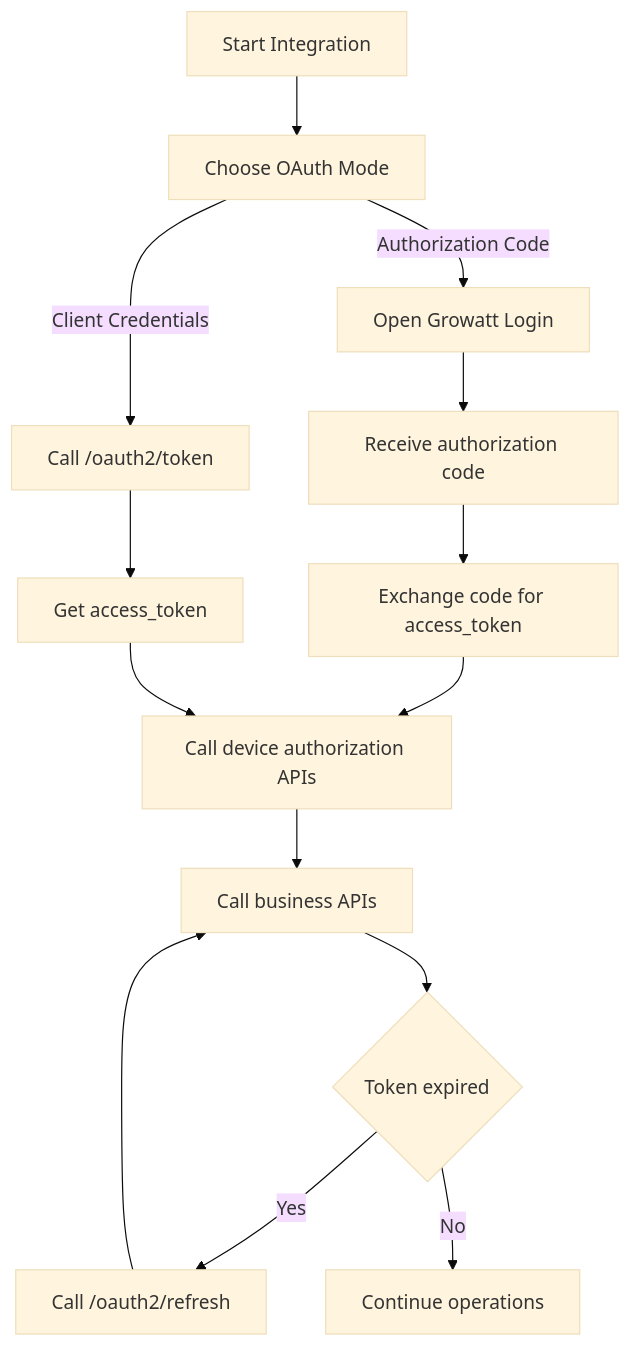
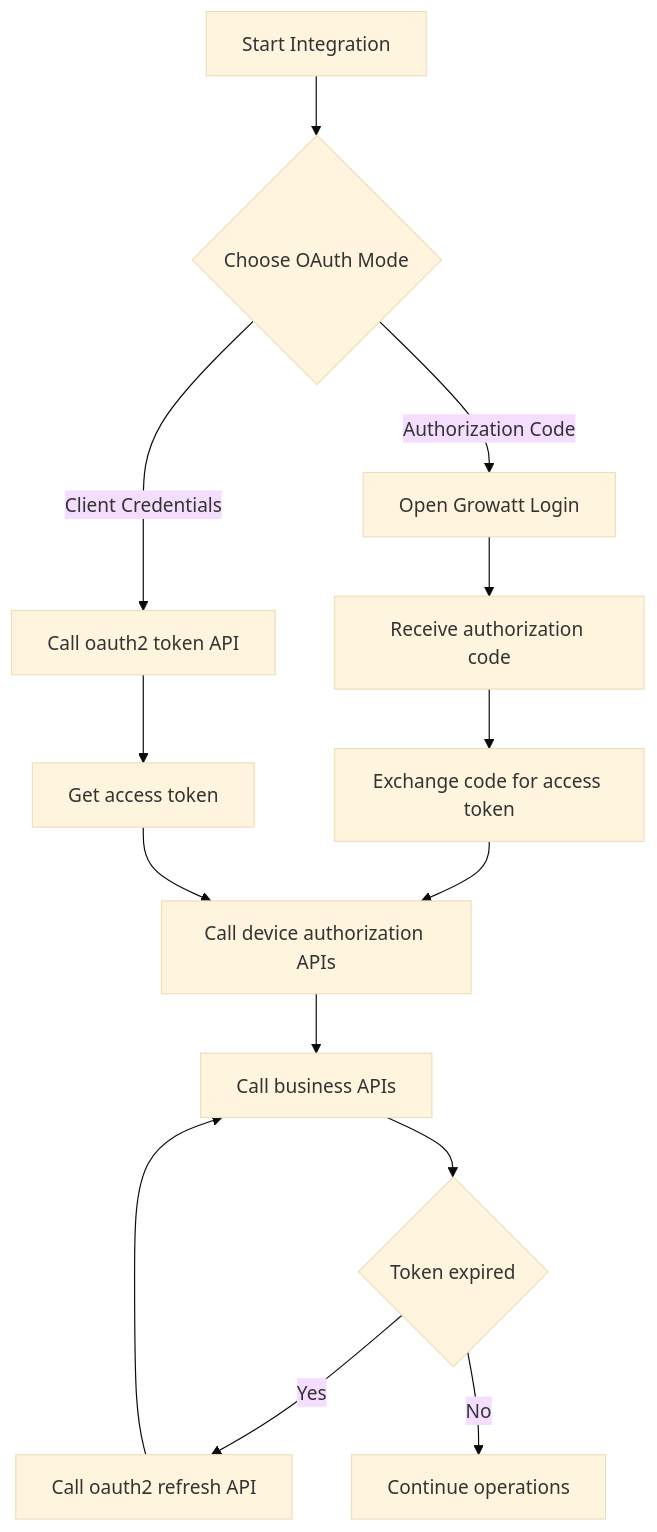
One commit to EugeneJian/growatt-unified-api changed the first of 2 diagrams in Growatt API/OPENAPI/01_authentication.md. Above: the diagram before and after it, drawn with Mermaid (base theme). The commit also changed other lines of this file and 12 other files, not shown here.

First line of the commit message:
[docs]已按你给的 Mermaid代码的终极准则 4.1 对仓库内 全部 Mermaid 做了加固。

````diff
--- a/Growatt API/OPENAPI/01_authentication.md
+++ b/Growatt API/OPENAPI/01_authentication.md
@@ -13,16 +13,17 @@
 ```mermaid
+%% 本代码严格遵循AI生成Mermaid代码的终极准则v4.1（Mermaid终极大师）
 flowchart TD
-    A[Start Integration] --> B[Choose OAuth Mode]
-    B -->|Authorization Code| C[Open Growatt Login]
-    B -->|Client Credentials| D[Call /oauth2/token]
-    C --> E[Receive authorization code]
-    E --> F[Exchange code for access_token]
-    D --> G[Get access_token]
-    F --> H[Call device authorization APIs]
+    A["Start Integration"] --> B{"Choose OAuth Mode"}
+    B -->|"Authorization Code"| C["Open Growatt Login"]
+    B -->|"Client Credentials"| D["Call oauth2 token API"]
+    C --> E["Receive authorization code"]
+    E --> F["Exchange code for access token"]
+    D --> G["Get access token"]
+    F --> H["Call device authorization APIs"]
     G --> H
-    H --> I[Call business APIs]
-    I --> J{Token expired}
-    J -->|Yes| K[Call /oauth2/refresh]
+    H --> I["Call business APIs"]
+    I --> J{"Token expired"}
+    J -->|"Yes"| K["Call oauth2 refresh API"]
     K --> I
-    J -->|No| L[Continue operations]
+    J -->|"No"| L["Continue operations"]
 ```
````
